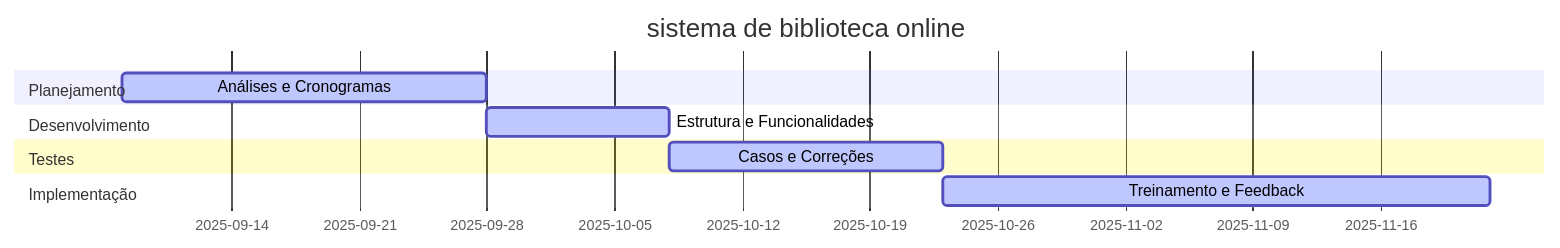
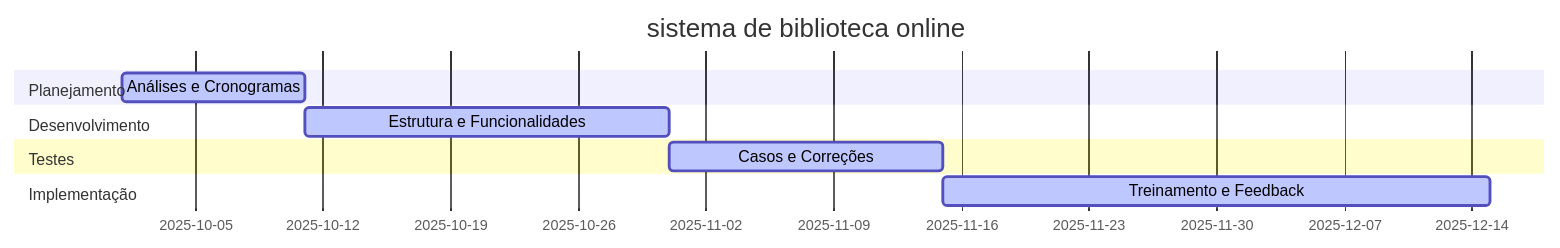
One commit to LucasBParada/atv-gantt-biblioteca changed the diagram in README.md. Above: the diagram before and after it, drawn with Mermaid.

````diff
--- a/README.md
+++ b/README.md
@@ -1,17 +1,17 @@
 ```mermaid
 gantt
     title sistema de biblioteca online
     dateFormat YYYY-MM-DD
 
     section Planejamento
-    Análises e Cronogramas :active, a1, 2025-09-08, 20d
+    Análises e Cronogramas :active, a1, 2025-10-01, 10d
 
     section Desenvolvimento
-    Estrutura e Funcionalidades :active, a2, after a1, 10d
+    Estrutura e Funcionalidades :active, a2, after a1, 20d
 
     section Testes
     Casos e Correções :active, a3, after a2, 15d
 
     section Implementação
     Treinamento e Feedback :active, a4, after a3, 30d
 ```
````
